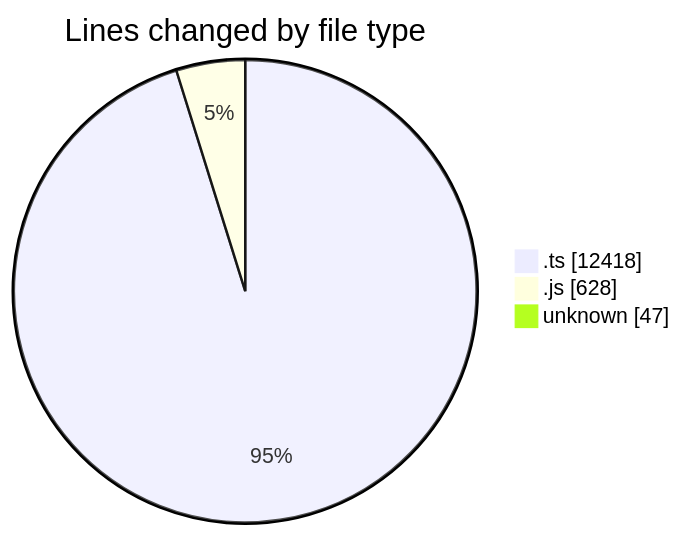
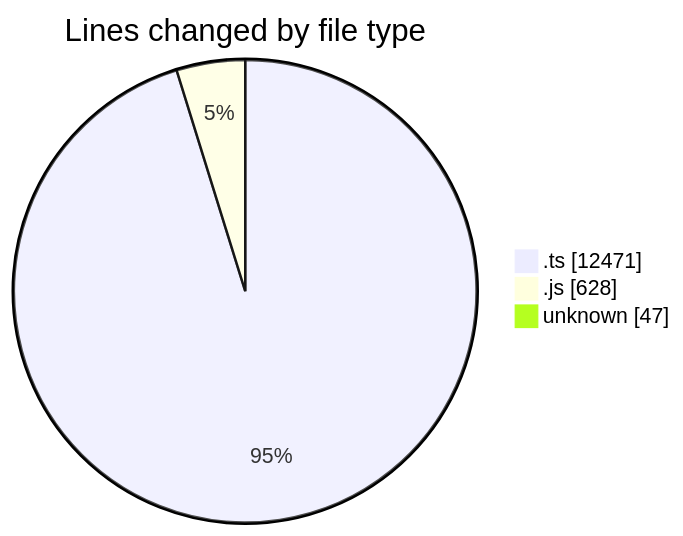
Before and after one commit to momahboobian/code-tracking: the first of 2 diagrams in 2025-09-05/cda/README.md, drawn with Mermaid. The commit also changed other lines of this file and 1 other file, not shown here.

````diff
--- a/2025-09-05/cda/README.md
+++ b/2025-09-05/cda/README.md
@@ -25,7 +25,7 @@
 ```mermaid
 pie showData
 title Lines changed by file type
-".ts" : 12418
+".ts" : 12471
 ".js" : 628
 "unknown" : 47
 ```
````
